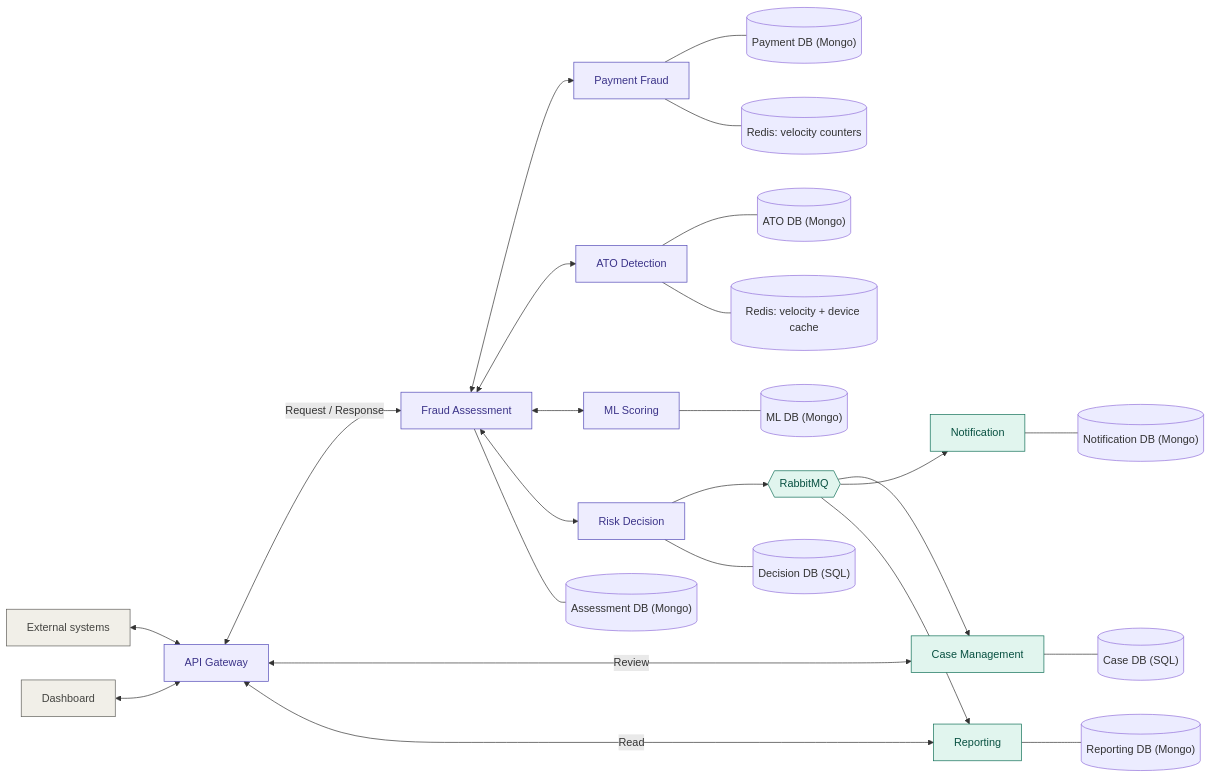
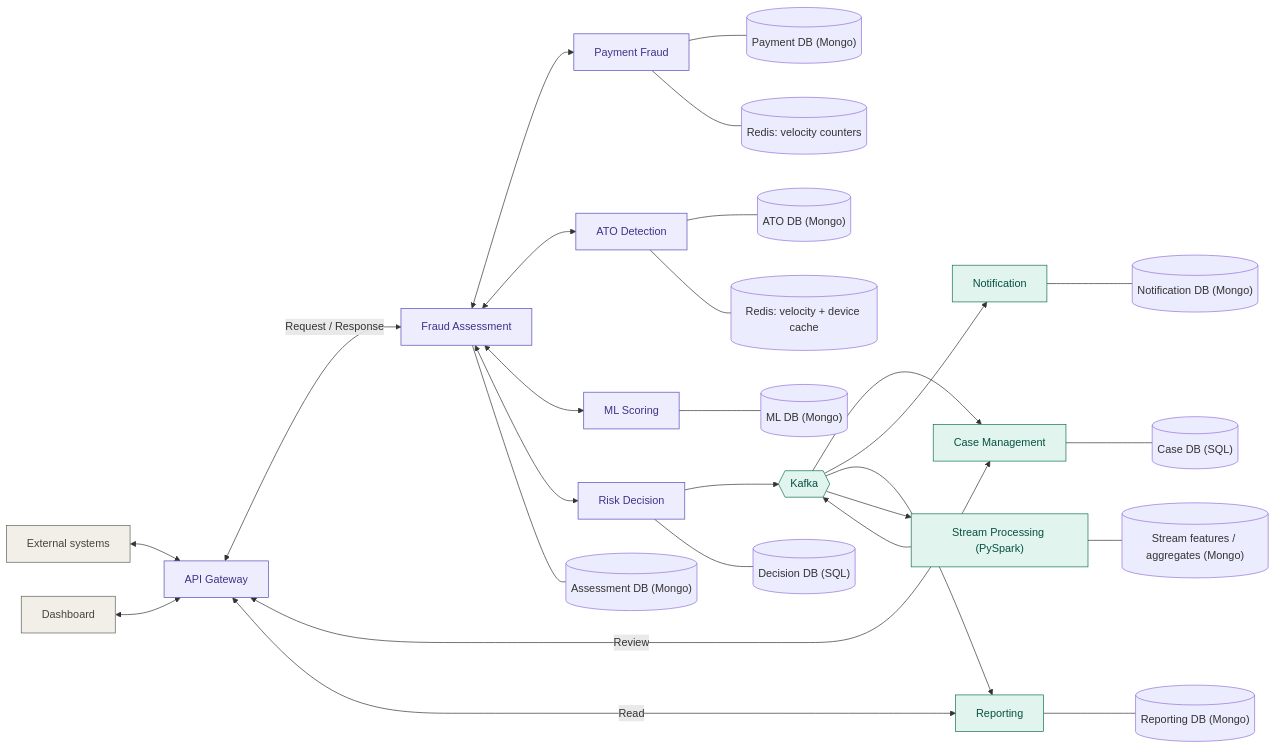
The diagram in README.md (mokhtarahmed123/Fraud-Detection), drawn with Mermaid before and after one commit. The commit also changed other lines of this file, not shown here.

First line of the commit message:
Revise README for Kafka integration and Stream Processing

````diff
--- a/README.md
+++ b/README.md
@@ -44,38 +44,41 @@
 ```mermaid
 flowchart LR
     EXT["External systems"] <--> GW["API Gateway"]
     DASH["Dashboard"] <--> GW
     GW <-->|"Request / Response"| FA["Fraud Assessment"]
 
     FA <--> PF["Payment Fraud"]
     FA <--> ATO["ATO Detection"]
     FA <--> ML["ML Scoring"]
     FA <--> RD["Risk Decision"]
 
-    RD --> MQ{{"RabbitMQ"}}
-    MQ --> CM["Case Management"]
-    MQ --> NT["Notification"]
-    MQ --> RP["Reporting"]
+    RD --> KF{{"Kafka"}}
+    KF --> CM["Case Management"]
+    KF --> NT["Notification"]
+    KF --> RP["Reporting"]
+    KF --> SP["Stream Processing (PySpark)"]
+    SP --> KF
 
     GW <-->|"Review"| CM
     GW <-->|"Read"| RP
 
     FA --- FA_DB[("Assessment DB (Mongo)")]
     PF --- PF_DB[("Payment DB (Mongo)")]
     ATO --- ATO_DB[("ATO DB (Mongo)")]
     ML --- ML_DB[("ML DB (Mongo)")]
     RD --- RD_DB[("Decision DB (SQL)")]
     CM --- CM_DB[("Case DB (SQL)")]
     NT --- NT_DB[("Notification DB (Mongo)")]
     RP --- RP_DB[("Reporting DB (Mongo)")]
+    SP --- SP_DB[("Stream features / aggregates (Mongo)")]
 
     PF --- PF_CACHE[("Redis: velocity counters")]
     ATO --- ATO_CACHE[("Redis: velocity + device cache")]
 
     classDef sync fill:#EEEDFE,stroke:#534AB7,color:#3C3489
     classDef async fill:#E1F5EE,stroke:#0F6E56,color:#085041
     classDef ext fill:#F1EFE8,stroke:#5F5E5A,color:#444441
     class GW,FA,PF,ATO,ML,RD sync
-    class MQ,CM,NT,RP async
+    class KF,CM,NT,RP,SP async
     class EXT,DASH ext
 ```
````
